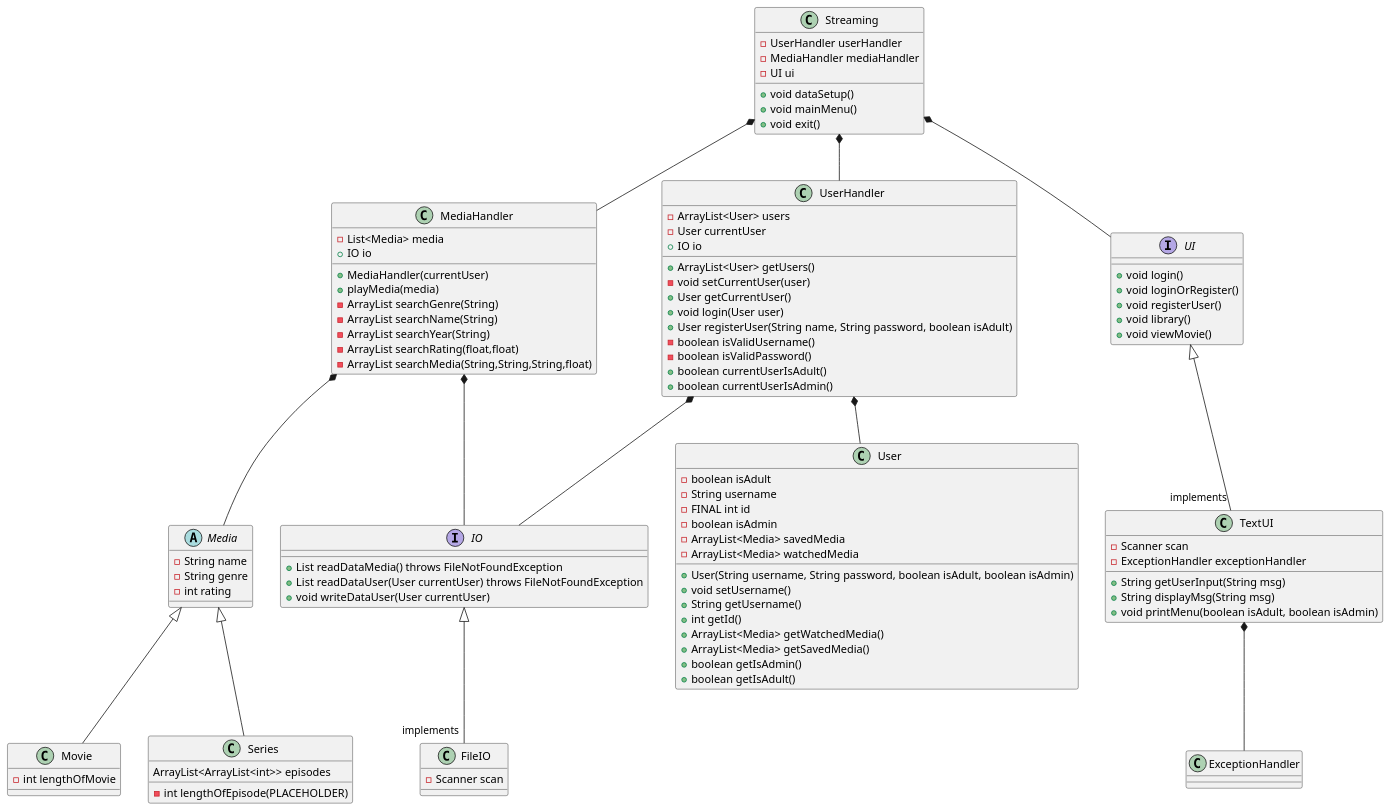
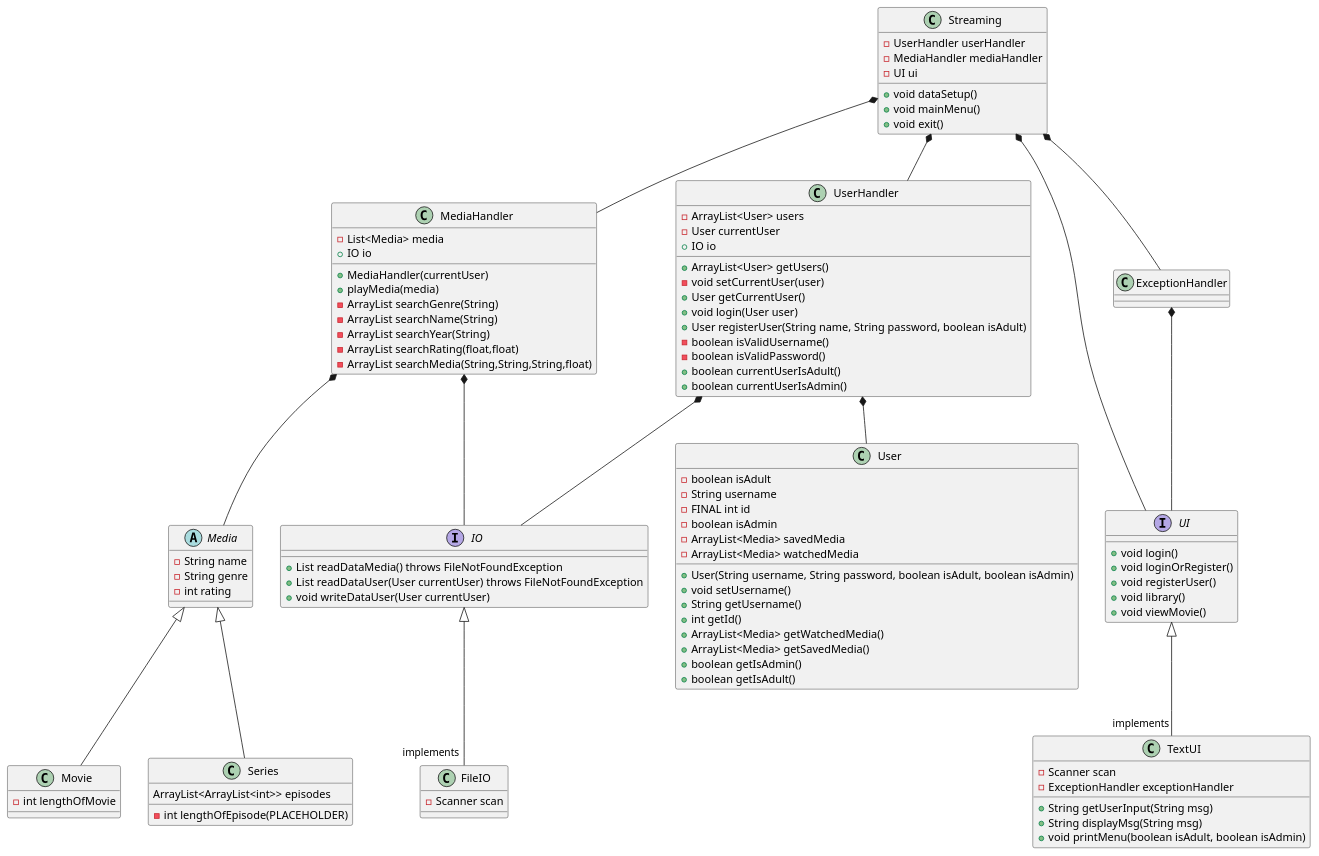
The diagram in SP3 - Streaming Tjeneste/Documentation/ClassDiagram.puml (Ghostz-Games/SP3---Streamingtjeneste---Gruppe-B---2023), drawn with PlantUML before and after one commit. The commit also changed 14 other files, not shown here.

```diff
--- a/SP3 - Streaming Tjeneste/Documentation/ClassDiagram.puml
+++ b/SP3 - Streaming Tjeneste/Documentation/ClassDiagram.puml
@@ -1,114 +1,115 @@
 @startuml
 'https://plantuml.com/class-diagram
 
 class Streaming
 class MediaHandler
 abstract class Media
 class Movie
 class Series
 class UserHandler
 class FileIO
 interface IO
 interface UI
 class TextUI
 class ExceptionHandler
 class User
 
 
 
 Streaming *-- UserHandler
 UserHandler *-- User
 Streaming *-- MediaHandler
 MediaHandler *-- Media
 Media <|--  Movie
 Media <|--  Series
 
 IO <|-- "implements" FileIO
 UI <|-- "implements" TextUI
-TextUI *-- ExceptionHandler
+ExceptionHandler *-- UI
+Streaming *-- ExceptionHandler
 UserHandler *-- IO
 MediaHandler *-- IO
 '''Streaming *-- IO
 Streaming *-- UI
 
 UserHandler : + ArrayList<User> getUsers()
 UserHandler : - void setCurrentUser(user)
 UserHandler : + User getCurrentUser()
 UserHandler : - ArrayList<User> users
 UserHandler : - User currentUser
 UserHandler : + void login(User user)
 UserHandler : + User registerUser(String name, String password, boolean isAdult)
 UserHandler : - boolean isValidUsername()
 UserHandler : - boolean isValidPassword()
 UserHandler : + boolean currentUserIsAdult()
 UserHandler : + boolean currentUserIsAdmin()
 UserHandler : + IO io
 
 User : - boolean isAdult
 User : - String username
 User : - FINAL int id
 User : - boolean isAdmin
 User : - ArrayList<Media> savedMedia
 User : - ArrayList<Media> watchedMedia
 User : + User(String username, String password, boolean isAdult, boolean isAdmin)
 User : + void setUsername()
 User : + String getUsername()
 User : + int getId()
 User : + ArrayList<Media> getWatchedMedia()
 User : + ArrayList<Media> getSavedMedia()
 User : + boolean getIsAdmin()
 User : + boolean getIsAdult()
 
 MediaHandler : +MediaHandler(currentUser)
 MediaHandler : - List<Media> media
 MediaHandler : + playMedia(media)
 MediaHandler : + IO io
 
 
 Streaming : - UserHandler userHandler
 Streaming : - MediaHandler mediaHandler
 Streaming : - UI ui
 '''Streaming : - IO io
 Streaming : + void dataSetup()
 Streaming : + void mainMenu()
 Streaming : + void exit()
 
 TextUI : - Scanner scan
 TextUI : + String getUserInput(String msg)
 TextUI : + String displayMsg(String msg)
 TextUI : + void printMenu(boolean isAdult, boolean isAdmin)
 TextUI : - ExceptionHandler exceptionHandler
 
 
 IO : + List readDataMedia() throws FileNotFoundException
 IO : + List readDataUser(User currentUser) throws FileNotFoundException
 IO : + void writeDataUser(User currentUser)
 
 UI : + void login()
 UI : + void loginOrRegister()
 UI : + void registerUser()
 UI : + void library()
 UI : + void viewMovie()
 
 FileIO : - Scanner scan
 
 
 MediaHandler : - ArrayList searchGenre(String)
 MediaHandler : - ArrayList searchName(String)
 MediaHandler : - ArrayList searchYear(String)
 MediaHandler : - ArrayList searchRating(float,float)
 MediaHandler : - ArrayList searchMedia(String,String,String,float)
 
 Media : - String name
 Media : - String genre
 Media : - int rating
 
 Series : ArrayList<ArrayList<int>> episodes
 
 Movie : - int lengthOfMovie
 
 Series : - int lengthOfEpisode(PLACEHOLDER)
 
 
 
 @enduml
```
